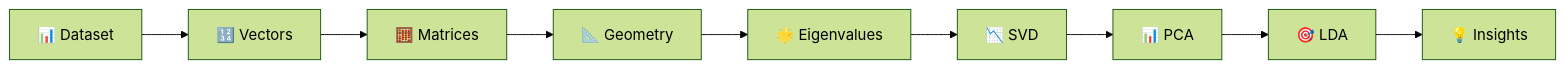
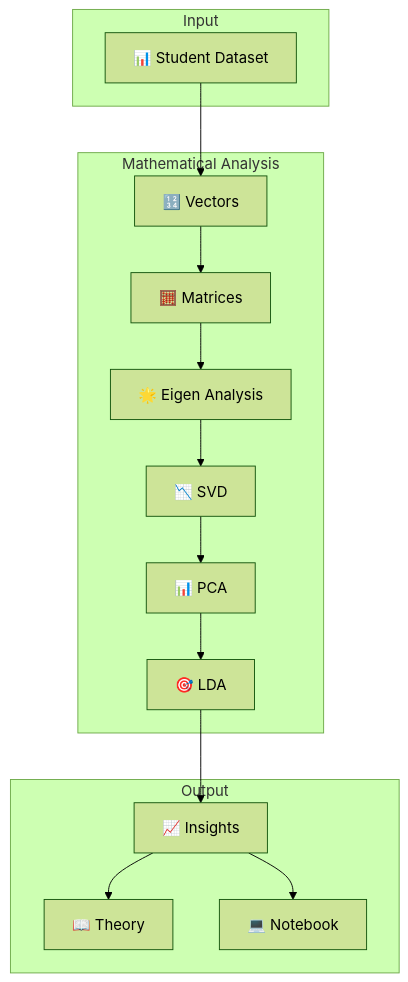
Before and after one commit to shrutiii87/Calculative-Foundation: the second of 2 diagrams in s.md, drawn with Mermaid (forest theme). The commit also changed other lines of this file, not shown here.

````diff
--- a/s.md
+++ b/s.md
@@ -121,11 +49,40 @@
 ```mermaid
-flowchart LR
-A[📊 Dataset] --> B[🔢 Vectors]
-B --> C[🧮 Matrices]
-C --> D[📐 Geometry]
-D --> E[🌟 Eigenvalues]
-E --> F[📉 SVD]
-F --> G[📊 PCA]
-G --> H[🎯 LDA]
-H --> I[💡 Insights]
+flowchart TB
+
+subgraph Input
+A[📊 Student Dataset]
+end
+
+subgraph Mathematical Analysis
+B[🔢 Vectors]
+C[🧮 Matrices]
+D[🌟 Eigen Analysis]
+E[📉 SVD]
+F[📊 PCA]
+G[🎯 LDA]
+end
+
+subgraph Output
+H[📈 Insights]
+I[📖 Theory]
+J[💻 Notebook]
+end
+
+A --> B
+
+B --> C
+
+C --> D
+
+D --> E
+
+E --> F
+
+F --> G
+
+G --> H
+
+H --> I
+
+H --> J
 ```
````
